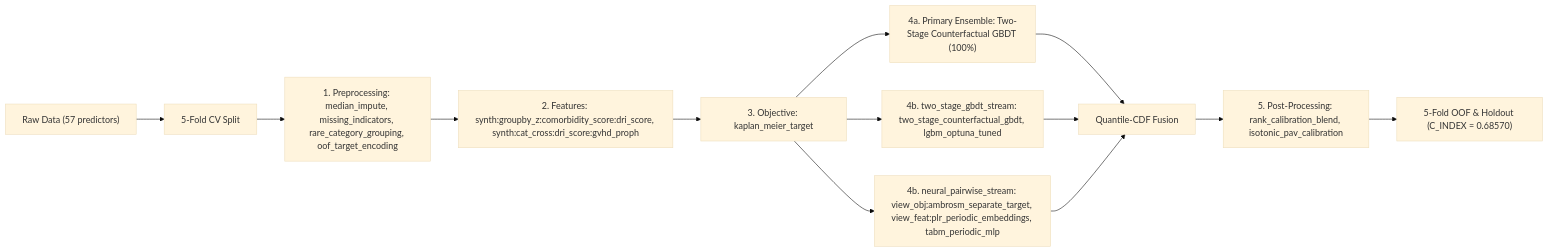
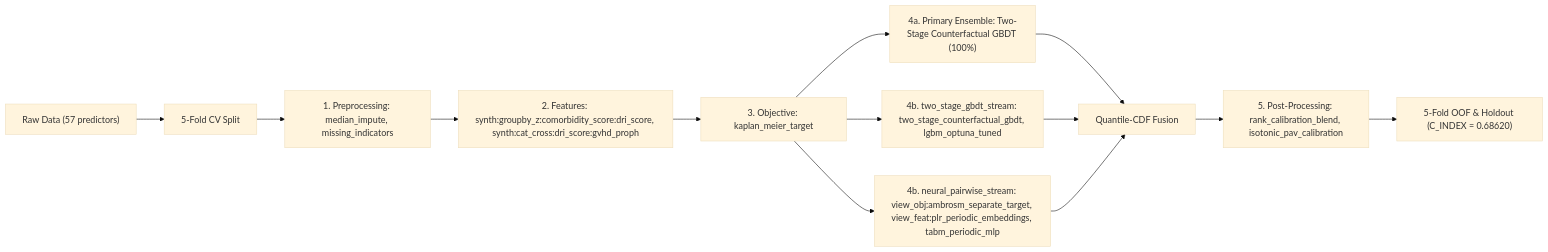
Before and after one commit to stefanoclss/CIBMTR-Equity-in-Post-HCT-Survival-Predictions: the diagram in README.md, drawn with Mermaid (base theme). The commit also changed other lines of this file, not shown here.

First line of the commit message:
docs(readme): refresh verified OOF benchmark & build ledger (C_INDEX=0.68620)

````diff
--- a/README.md
+++ b/README.md
@@ -74,15 +75,15 @@
 ```mermaid
 flowchart LR
     DATA["Raw Data (57 predictors)"] --> SPLIT["5-Fold CV Split"]
-    SPLIT --> PRE["1. Preprocessing: median_impute, missing_indicators, rare_category_grouping, oof_target_encoding"]
+    SPLIT --> PRE["1. Preprocessing: median_impute, missing_indicators"]
     PRE --> FEAT["2. Features: synth:groupby_z:comorbidity_score:dri_score, synth:cat_cross:dri_score:gvhd_proph"]
     FEAT --> OBJ["3. Objective: kaplan_meier_target"]
     OBJ --> M0["4a. Primary Ensemble: Two-Stage Counterfactual GBDT (100%)"]
     M0 --> FUSE["Quantile-CDF Fusion"]
     OBJ --> S1["4b. two_stage_gbdt_stream: two_stage_counterfactual_gbdt, lgbm_optuna_tuned"]
     S1 --> FUSE
     OBJ --> S2["4b. neural_pairwise_stream: view_obj:ambrosm_separate_target, view_feat:plr_periodic_embeddings, tabm_periodic_mlp"]
     S2 --> FUSE
     FUSE --> POST["5. Post-Processing: rank_calibration_blend, isotonic_pav_calibration"]
-    POST --> OUT["5-Fold OOF & Holdout (C_INDEX = 0.68570)"]
+    POST --> OUT["5-Fold OOF & Holdout (C_INDEX = 0.68620)"]
 ```
````
